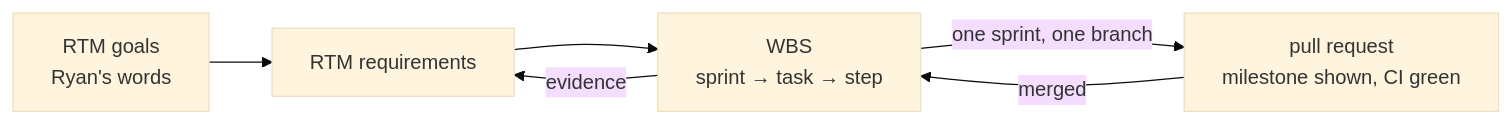
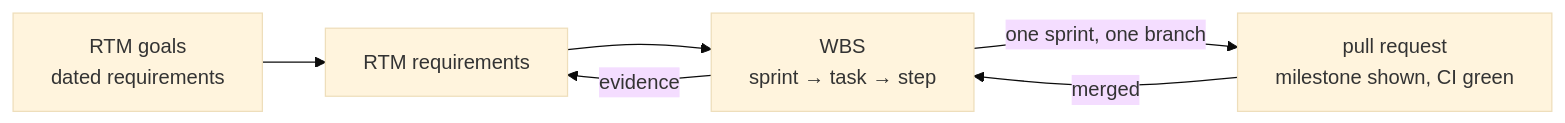
Before and after one commit to Aptix-Bio/Iris-Interoperability-Specification: the diagram in development/README.md, drawn with Mermaid (base theme). The commit also changed other lines of this file and 14 other files, not shown here.

````diff
--- a/development/README.md
+++ b/development/README.md
@@ -15,8 +15,8 @@
 ```mermaid
 flowchart LR
-    G["RTM goals<br/>Ryan's words"] --> R["RTM requirements"]
+    G["RTM goals<br/>dated requirements"] --> R["RTM requirements"]
     R --> WBS["WBS<br/>sprint → task → step"]
     WBS -->|"evidence"| R
     WBS -->|"one sprint, one branch"| PR["pull request<br/>milestone shown, CI green"]
     PR -->|"merged"| WBS
 ```
````
